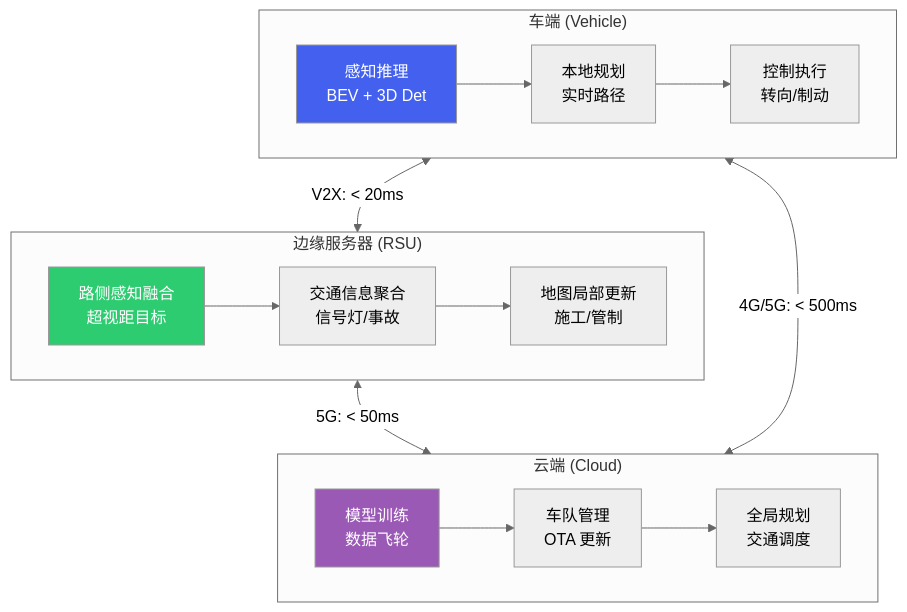
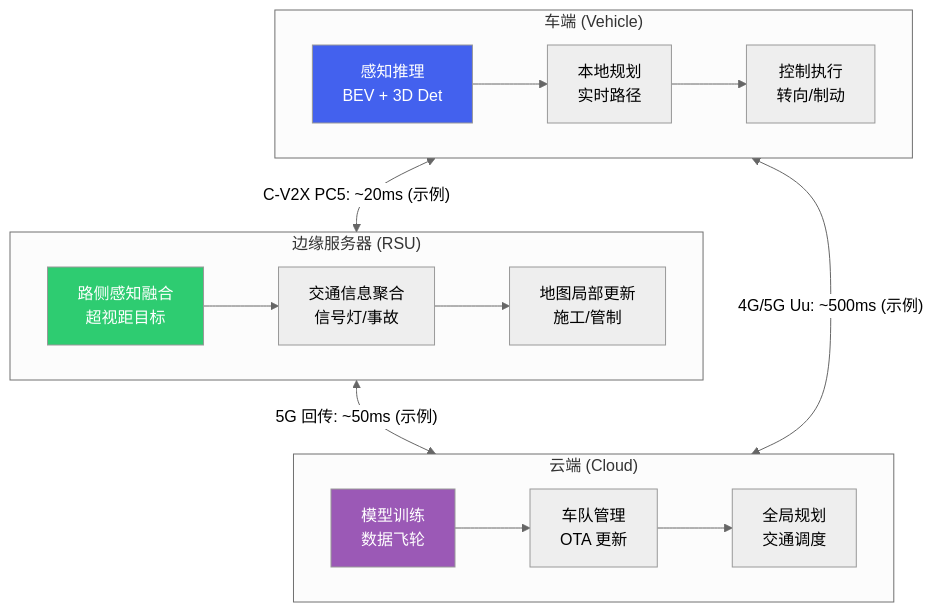
The second of 5 diagrams in ad/general/agent-safety.md (ranpin/edge-ai-docs), drawn with Mermaid (neutral theme) before and after one commit. The commit also changed other lines of this file and 7 other files, not shown here.

````diff
--- a/ad/general/agent-safety.md
+++ b/ad/general/agent-safety.md
@@ -146,25 +156,25 @@
 ```mermaid
 flowchart TB
     subgraph Vehicle["车端 (Vehicle)"]
         VP["感知推理<br/>BEV + 3D Det"] --> VPL["本地规划<br/>实时路径"]
         VPL --> VC["控制执行<br/>转向/制动"]
     end
 
     subgraph Edge["边缘服务器 (RSU)"]
         EM["路侧感知融合<br/>超视距目标"] --> EI["交通信息聚合<br/>信号灯/事故"]
         EI --> EU["地图局部更新<br/>施工/管制"]
     end
 
     subgraph Cloud["云端 (Cloud)"]
         CT["模型训练<br/>数据飞轮"] --> CM["车队管理<br/>OTA 更新"]
         CM --> CA["全局规划<br/>交通调度"]
     end
 
-    Vehicle <-->|V2X: < 20ms| Edge
-    Edge <-->|5G: < 50ms| Cloud
-    Vehicle <-->|4G/5G: < 500ms| Cloud
+    Vehicle <-->|"C-V2X PC5: ~20ms (示例)"| Edge
+    Edge <-->|"5G 回传: ~50ms (示例)"| Cloud
+    Vehicle <-->|"4G/5G Uu: ~500ms (示例)"| Cloud
 
     style VP fill:#4361ee,color:#fff
     style EM fill:#2ecc71,color:#fff
     style CT fill:#9b59b6,color:#fff
 ```
````
